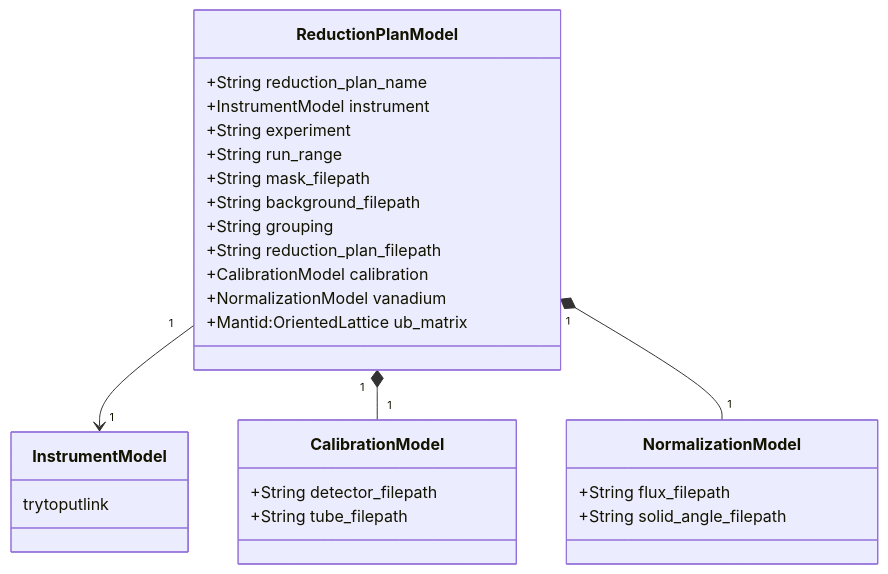
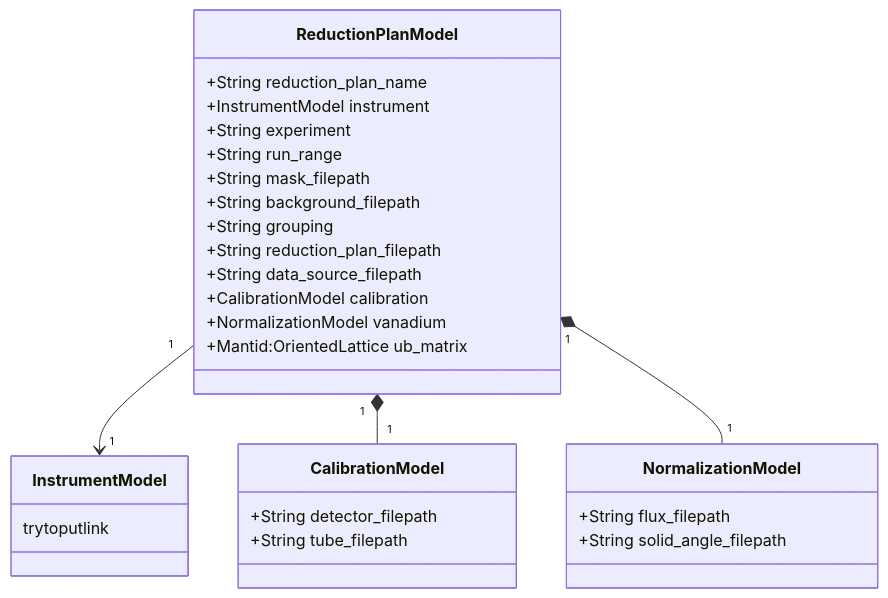
One commit to neutrons/garnet changed the diagram in docs/source/design/reduction_plan.rst. Above: the diagram before and after it, drawn with Mermaid. The commit also changed 3 other files, not shown here.

Commit message:
updates based on the option to fect the data without connecting to oncat, mvp diagrams, cleaning

```diff
--- a/docs/source/design/reduction_plan.rst
+++ b/docs/source/design/reduction_plan.rst
@@ -7,35 +7,36 @@
 .. mermaid::
 
  classDiagram
     ReductionPlanModel "1" -->"1" InstrumentModel
     ReductionPlanModel "1" *--"1" CalibrationModel
     ReductionPlanModel "1" *--"1" NormalizationModel
 
     class ReductionPlanModel{
         +String reduction_plan_name
         +InstrumentModel instrument
         +String experiment
         +String run_range
         +String mask_filepath
         +String background_filepath
         +String grouping
         +String reduction_plan_filepath
+        +String data_source_filepath
         +CalibrationModel calibration
         +NormalizationModel vanadium
         +Mantid:OrientedLattice ub_matrix
     }
 
     class InstrumentModel{
         trytoputlink
     }
 
 
     class CalibrationModel{
         +String detector_filepath
         +String tube_filepath
     }
 
     class NormalizationModel{
         +String flux_filepath
         +String solid_angle_filepath
     }
```
